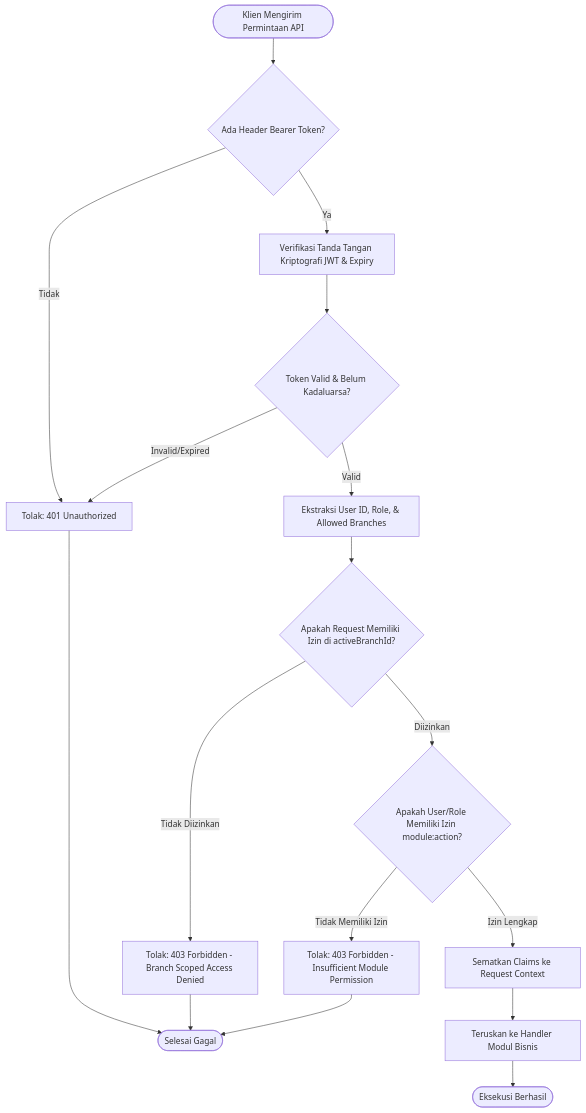
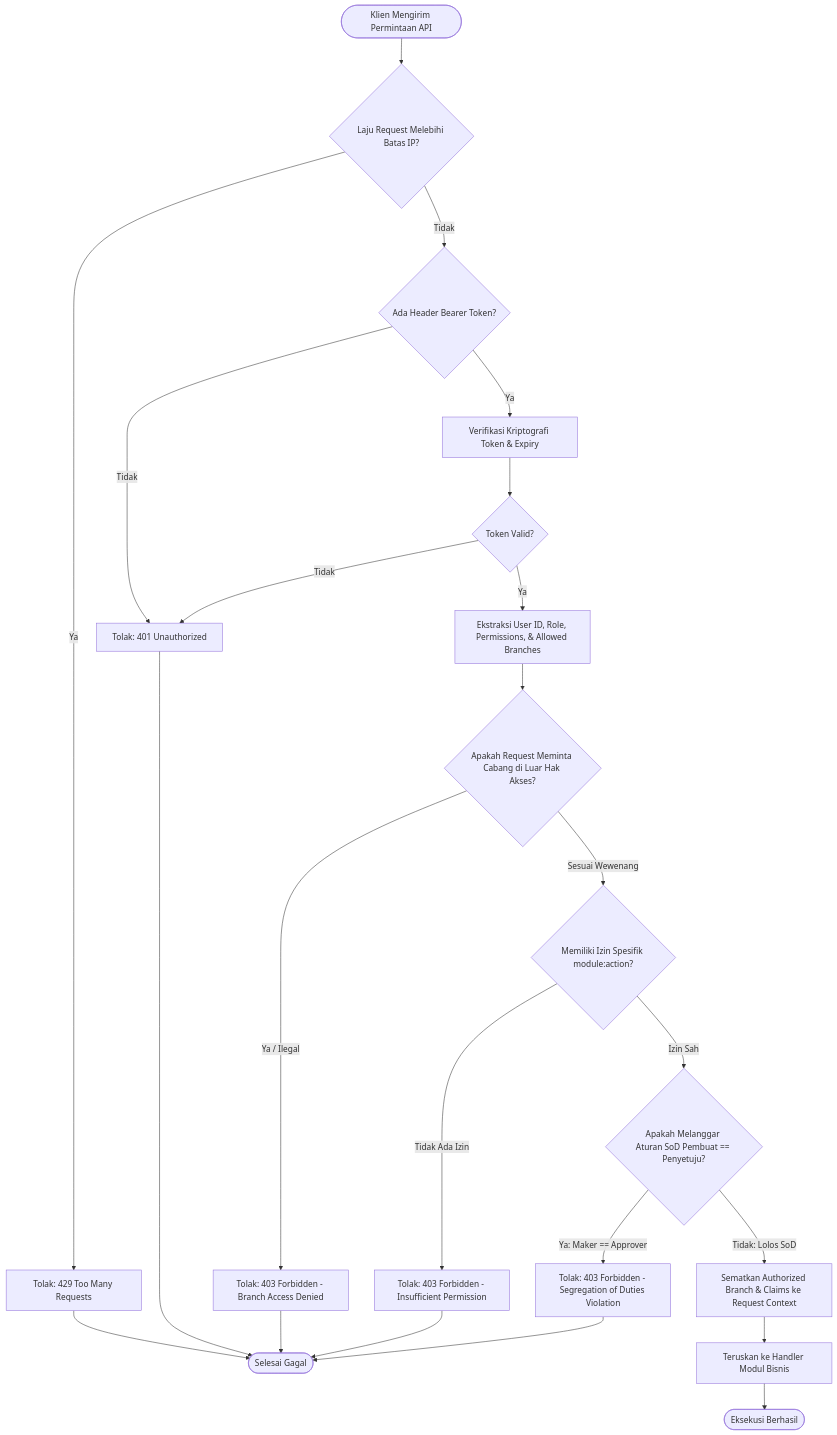
The second of 4 diagrams in sdd/16_iam_rbac_sdd.md (Vall-Here/mnf-erp-nextjs-golang), drawn with Mermaid before and after one commit. The commit also changed other lines of this file and 10 other files, not shown here.

````diff
--- a/sdd/16_iam_rbac_sdd.md
+++ b/sdd/16_iam_rbac_sdd.md
@@ -45,25 +45,33 @@
 ```mermaid
 flowchart TD
-    Start([Klien Mengirim Permintaan API]) --> HasToken{Ada Header Bearer Token?}
+    Start([Klien Mengirim Permintaan API]) --> CheckRateLimit{Laju Request Melebihi Batas IP?}
     
+    CheckRateLimit -- Ya --> Return429[Tolak: 429 Too Many Requests]
+    Return429 --> EndFail([Selesai Gagal])
+    
+    CheckRateLimit -- Tidak --> HasToken{Ada Header Bearer Token?}
     HasToken -- Tidak --> Return401[Tolak: 401 Unauthorized]
-    Return401 --> EndFail([Selesai Gagal])
+    Return401 --> EndFail
     
-    HasToken -- Ya --> ValidateJWT[Verifikasi Tanda Tangan Kriptografi JWT & Expiry]
-    ValidateJWT --> IsTokenValid{Token Valid & Belum Kadaluarsa?}
+    HasToken -- Ya --> ValidateJWT[Verifikasi Kriptografi Token & Expiry]
+    ValidateJWT --> IsTokenValid{Token Valid?}
     
-    IsTokenValid -- Invalid/Expired --> Return401
-    IsTokenValid -- Valid --> ExtractClaims[Ekstraksi User ID, Role, & Allowed Branches]
+    IsTokenValid -- Tidak --> Return401
+    IsTokenValid -- Ya --> ExtractClaims[Ekstraksi User ID, Role, Permissions, & Allowed Branches]
     
-    ExtractClaims --> CheckBranch{Apakah Request Memiliki Izin di activeBranchId?}
-    CheckBranch -- Tidak Diizinkan --> Return403Branch[Tolak: 403 Forbidden - Branch Scoped Access Denied]
+    ExtractClaims --> CheckBranchScope{Apakah Request Meminta Cabang di Luar Hak Akses?}
+    CheckBranchScope -- Ya / Ilegal --> Return403Branch[Tolak: 403 Forbidden - Branch Access Denied]
     Return403Branch --> EndFail
     
-    CheckBranch -- Diizinkan --> CheckPermission{Apakah User/Role Memiliki Izin module:action?}
-    CheckPermission -- Tidak Memiliki Izin --> Return403Perm[Tolak: 403 Forbidden - Insufficient Module Permission]
+    CheckBranchScope -- Sesuai Wewenang --> CheckPermission{Memiliki Izin Spesifik module:action?}
+    CheckPermission -- Tidak Ada Izin --> Return403Perm[Tolak: 403 Forbidden - Insufficient Permission]
     Return403Perm --> EndFail
     
-    CheckPermission -- Izin Lengkap --> InjectContext[Sematkan Claims ke Request Context]
+    CheckPermission -- Izin Sah --> CheckSoD{Apakah Melanggar Aturan SoD Pembuat == Penyetuju?}
+    CheckSoD -- Ya: Maker == Approver --> Return403SoD[Tolak: 403 Forbidden - Segregation of Duties Violation]
+    Return403SoD --> EndFail
+    
+    CheckSoD -- Tidak: Lolos SoD --> InjectContext[Sematkan Authorized Branch & Claims ke Request Context]
     InjectContext --> ForwardHandler[Teruskan ke Handler Modul Bisnis]
     ForwardHandler --> EndSuccess([Eksekusi Berhasil])
 ```
````
